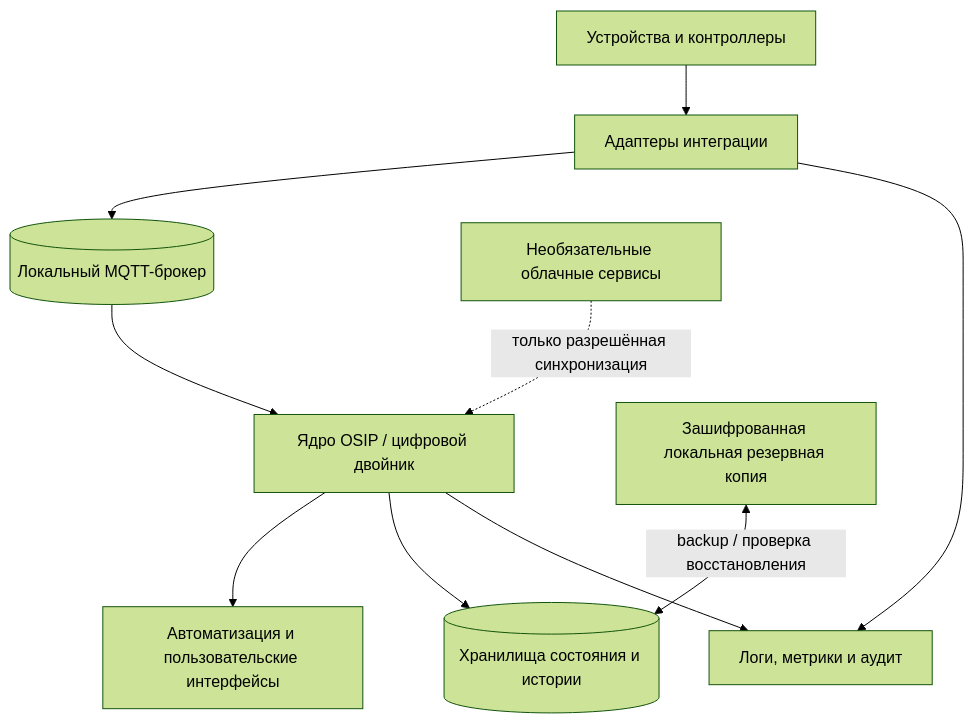
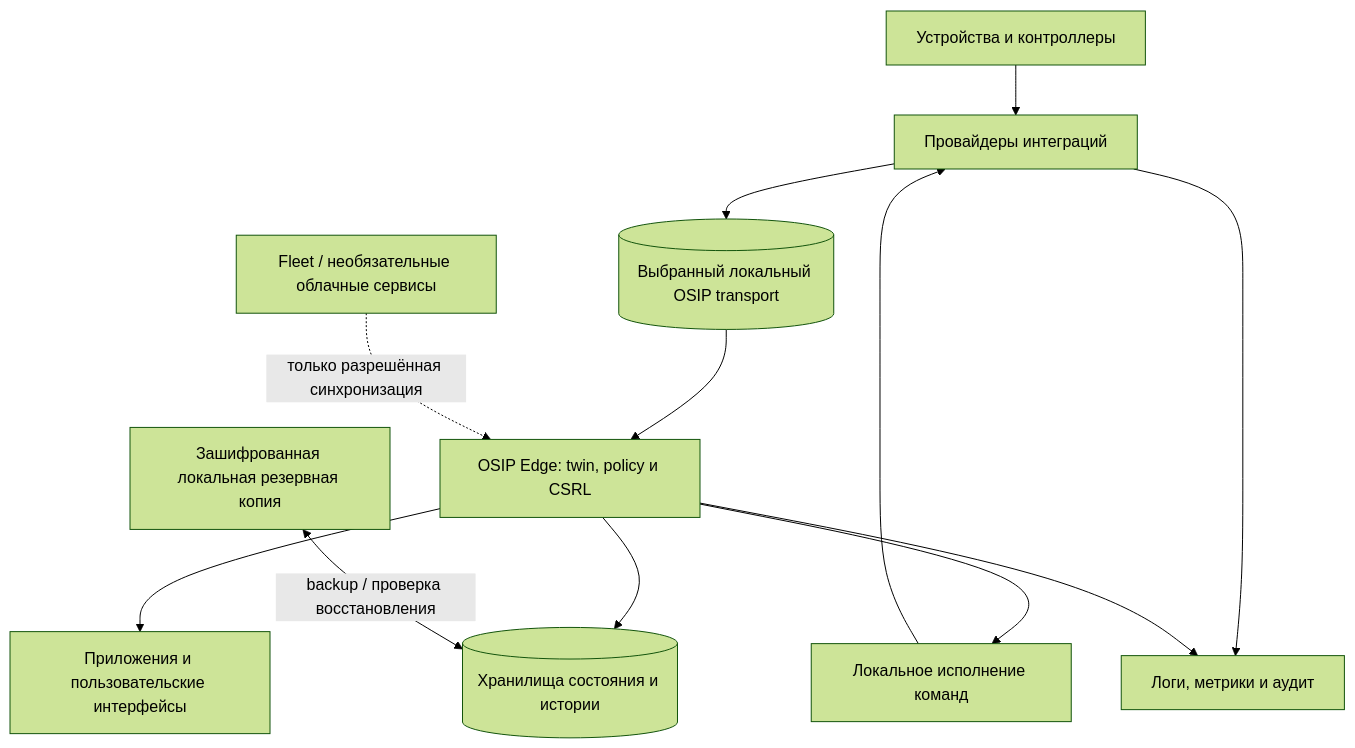
One commit to 3hllc/osip-docs changed the diagram in docs/ru/architecture/deployment-architecture.md. Above: the diagram before and after it, drawn with Mermaid (forest theme). The commit also changed other lines of this file and 91 other files, not shown here.

Commit message:
Define OSIP reasoning and deployment architecture

````diff
--- a/docs/ru/architecture/deployment-architecture.md
+++ b/docs/ru/architecture/deployment-architecture.md
@@ -16,12 +16,14 @@
 ```mermaid
 flowchart TB
-  D[Устройства и контроллеры] --> I[Адаптеры интеграции]
-  I --> M[(Локальный MQTT-брокер)]
-  M --> C[Ядро OSIP / цифровой двойник]
-  C --> A[Автоматизация и пользовательские интерфейсы]
-  C --> S[(Хранилища состояния и истории)]
+  D[Устройства и контроллеры] --> I[Провайдеры интеграций]
+  I --> M[(Выбранный локальный OSIP transport)]
+  M --> E[OSIP Edge: twin, policy и CSRL]
+  E --> A[Приложения и пользовательские интерфейсы]
+  E --> C[Локальное исполнение команд]
+  C --> I
+  E --> S[(Хранилища состояния и истории)]
   I --> O[Логи, метрики и аудит]
-  C --> O
+  E --> O
   B[Зашифрованная локальная резервная копия] <-->|backup / проверка восстановления| S
-  X[Необязательные облачные сервисы] -. только разрешённая синхронизация .-> C
+  X[Fleet / необязательные облачные сервисы] -. только разрешённая синхронизация .-> E
 ```
````
